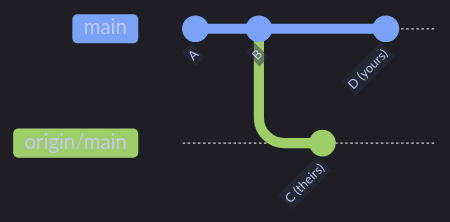
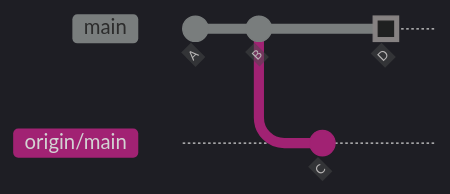
Before and after one commit to alp78/elysium: the first of 5 diagrams in content/08-Git/git-common-errors.md, drawn with Mermaid. The commit also changed other lines of this file and 55 other files, not shown here.

````diff
--- a/content/08-Git/git-common-errors.md
+++ b/content/08-Git/git-common-errors.md
@@ -84,28 +84,10 @@
 ```mermaid
-%%{init: {'theme': 'dark', 'themeVariables': {
-  'git0': '#7aa2f7',
-  'git1': '#9ece6a',
-  'git2': '#e0af68',
-  'git3': '#f7768e',
-  'git4': '#bb9af7',
-  'git5': '#7dcfff',
-  'git6': '#73daca',
-  'git7': '#ff9e64',
-  'gitBranchLabel0': '#c0caf5',
-  'gitBranchLabel1': '#c0caf5',
-  'gitBranchLabel2': '#c0caf5',
-  'gitBranchLabel3': '#c0caf5',
-  'commitLabelColor': '#c0caf5',
-  'commitLabelBackground': '#292e42',
-  'tagLabelColor': '#c0caf5',
-  'tagLabelBackground': '#292e42',
-  'tagLabelBorder': '#565f89'
-}}}%%
+%%{init: {'theme': 'dark', 'gitGraph': {'mainBranchName': 'main'}} }%%
 gitGraph
   commit id: "A"
   commit id: "B"
-  branch "origin/main"
-  commit id: "C (theirs)"
+  branch origin/main
+  commit id: "C"
   checkout main
-  commit id: "D (yours)"
+  commit id: "D" type: HIGHLIGHT
 ```
````
